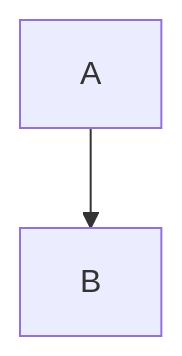
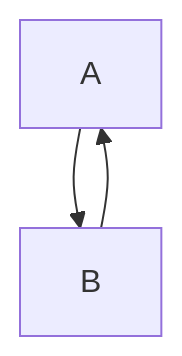
Before and after one commit to Fredrick250902/RAGee: the diagram in README.md, drawn with Mermaid.

````diff
--- a/README.md
+++ b/README.md
@@ -46,4 +46,5 @@
 ```mermaid
 graph TD
-A --> B
+A --> B;
+B --> A;
 ```
````
